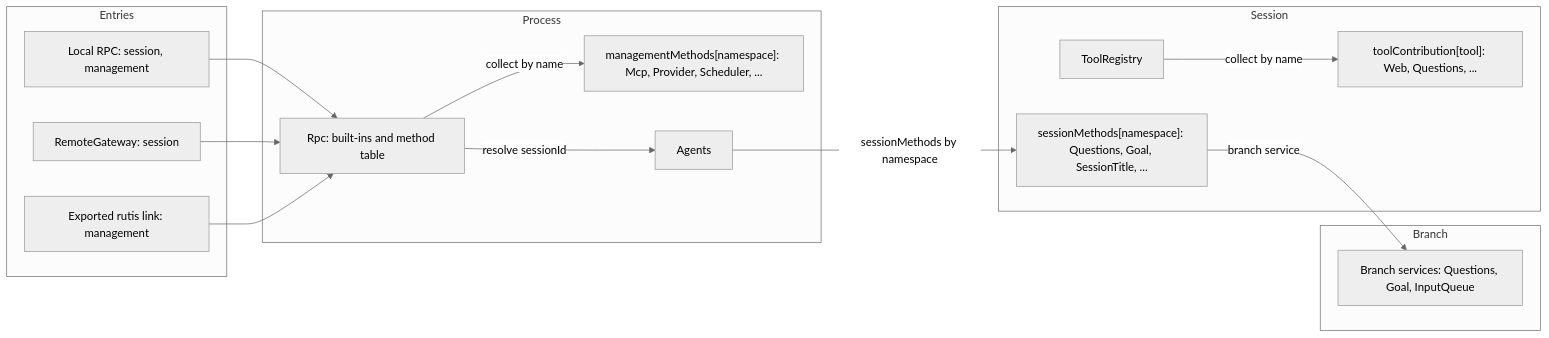
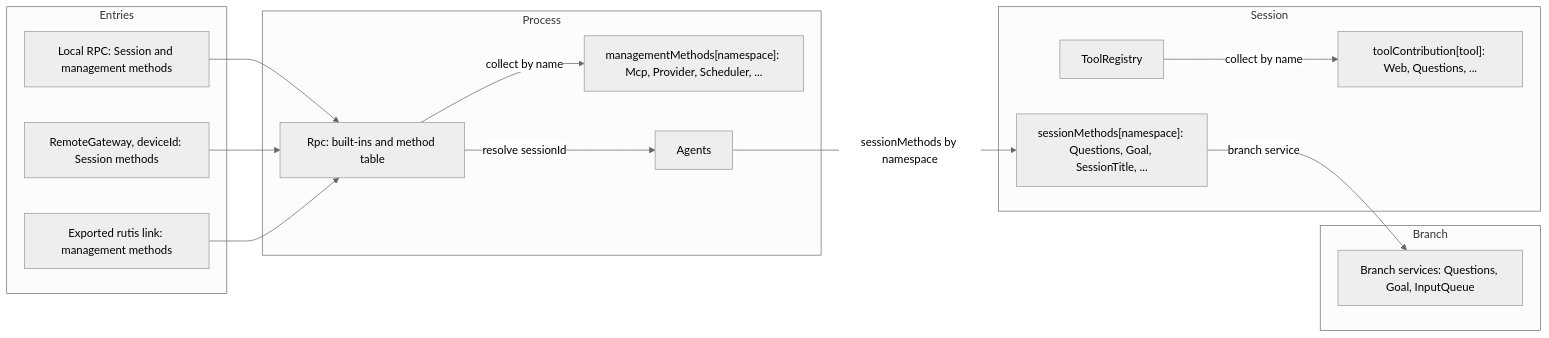
Before and after one commit to CoutinhoTTS/dim-agent: the first of 3 diagrams in docs/design/contracts/session-boundary.md, drawn with Mermaid (neutral theme). The commit also changed other lines of this file and 42 other files, not shown here.

````diff
--- a/docs/design/contracts/session-boundary.md
+++ b/docs/design/contracts/session-boundary.md
@@ -19,29 +21,29 @@
 ```mermaid
 flowchart LR
   subgraph ENT["Entries"]
-    Local["Local RPC: session, management"]
-    Remote["RemoteGateway: session"]
-    Link["Exported rutis link: management"]
+    Local["Local RPC: Session and management methods"]
+    Remote["RemoteGateway, deviceId: Session methods"]
+    Link["Exported rutis link: management methods"]
   end
   subgraph PROC["Process"]
     Rpc["Rpc: built-ins and method table"]
     MM["managementMethods[namespace]: Mcp, Provider, Scheduler, ..."]
     AI["Agents"]
   end
   subgraph SES["Session"]
     SM["sessionMethods[namespace]: Questions, Goal, SessionTitle, ..."]
     TR["ToolRegistry"]
     TC2["toolContribution[tool]: Web, Questions, ..."]
   end
   subgraph BR["Branch"]
     BS["Branch services: Questions, Goal, InputQueue"]
   end
   Local --> Rpc
   Remote --> Rpc
   Link --> Rpc
   Rpc -->|"collect by name"| MM
   Rpc -->|"resolve sessionId"| AI
   AI -->|"sessionMethods by namespace"| SM
   SM -->|"branch service"| BS
   TR -->|"collect by name"| TC2
 ```
````
